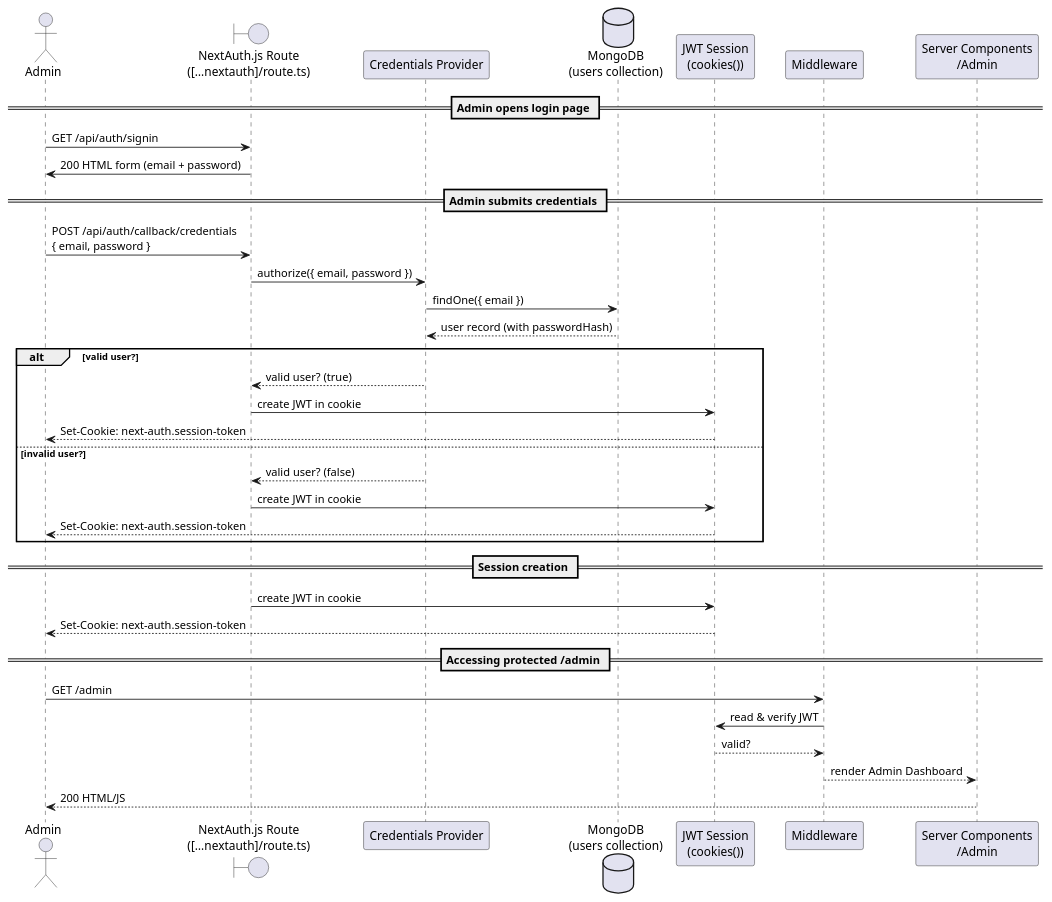
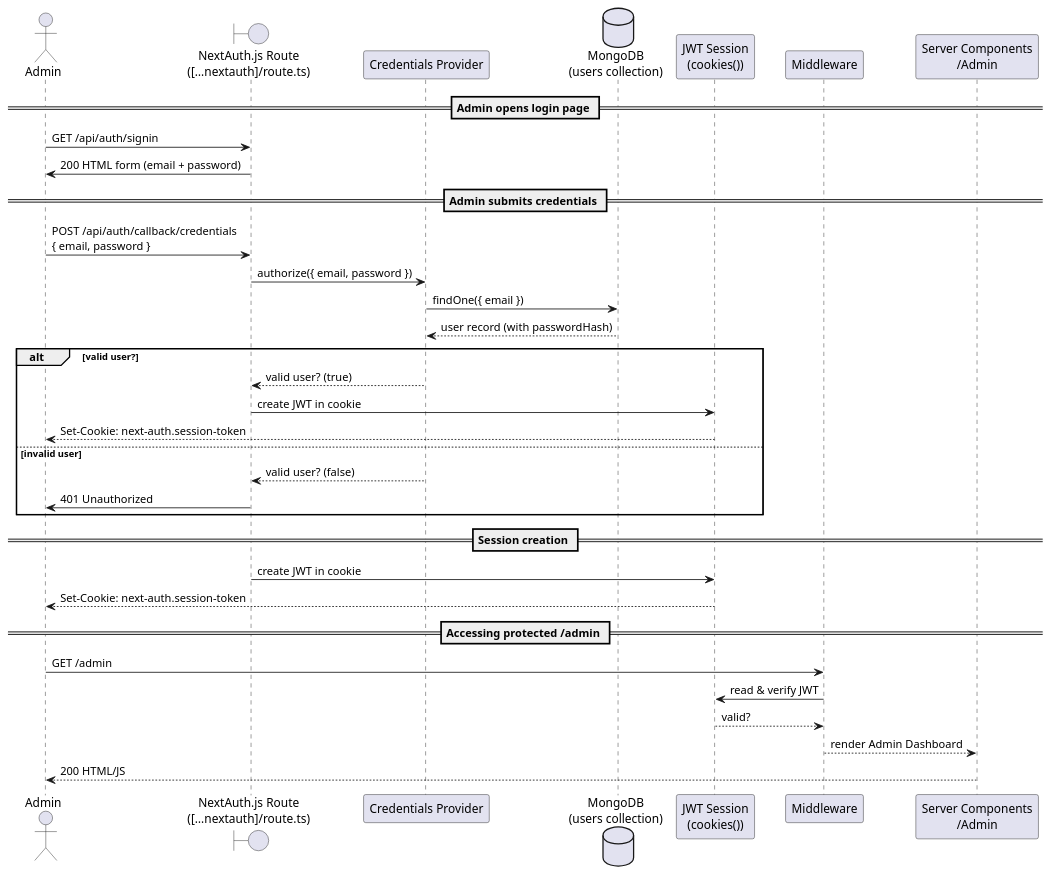
One commit to HamiltonPDev/Portfolio-Exam-Hamilton changed the diagram in opdracht-2-ontwerp/uml-diagrammen/sequence_overview.wsd. Above: the diagram before and after it, drawn with PlantUML.

Commit message:
Refactor UML sequence diagram to clarify invalid user flow by removing redundant JWT creation steps and updating response to 401 Unauthorized.

```diff
--- a/opdracht-2-ontwerp/uml-diagrammen/sequence_overview.wsd
+++ b/opdracht-2-ontwerp/uml-diagrammen/sequence_overview.wsd
@@ -1,41 +1,40 @@
 @startuml sequence_overview
 actor Admin
 boundary "NextAuth.js Route\n([…nextauth]/route.ts)" as NextAuth
 participant "Credentials Provider" as CredProv
 database "MongoDB\n(users collection)" as DB
 participant "JWT Session\n(cookies())" as Session
 participant Middleware
 participant "Server Components\n/Admin" as AdminUI
 
 == Admin opens login page ==
 Admin -> NextAuth: GET /api/auth/signin
 NextAuth -> Admin: 200 HTML form (email + password)
 
 == Admin submits credentials ==
 Admin -> NextAuth: POST /api/auth/callback/credentials\n{ email, password }
 NextAuth -> CredProv: authorize({ email, password })
 CredProv -> DB: findOne({ email })
 DB --> CredProv: user record (with passwordHash)
 
 alt valid user?
     CredProv --> NextAuth: valid user? (true)
     NextAuth -> Session: create JWT in cookie
     Session --> Admin: Set-Cookie: next-auth.session-token
-else invalid user?
+else invalid user
     CredProv --> NextAuth: valid user? (false)
-    NextAuth -> Session: create JWT in cookie
-    Session --> Admin: Set-Cookie: next-auth.session-token
+    NextAuth -> Admin: 401 Unauthorized
 end
 
 == Session creation ==
 NextAuth -> Session: create JWT in cookie
 Session --> Admin: Set-Cookie: next-auth.session-token
 
 == Accessing protected /admin ==
 Admin -> Middleware: GET /admin
 Middleware -> Session: read & verify JWT
 Session --> Middleware: valid?
 Middleware --> AdminUI: render Admin Dashboard
 AdminUI --> Admin: 200 HTML/JS
 
 @enduml
```
